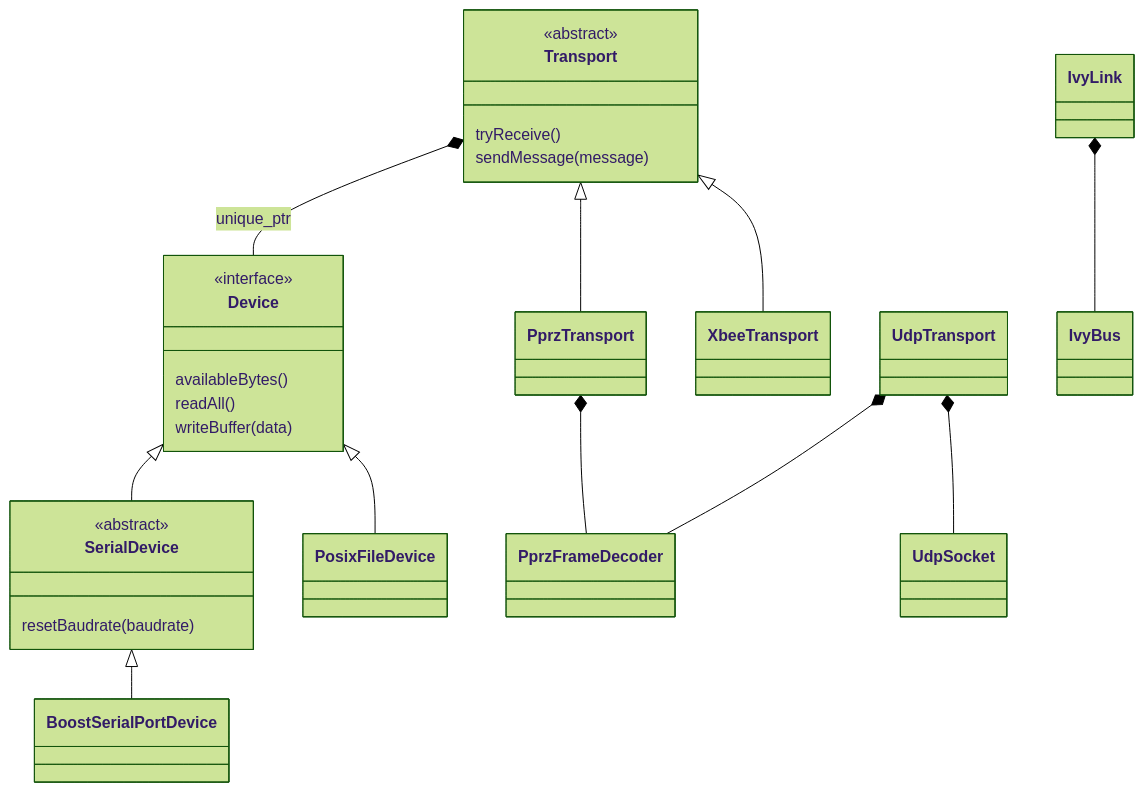
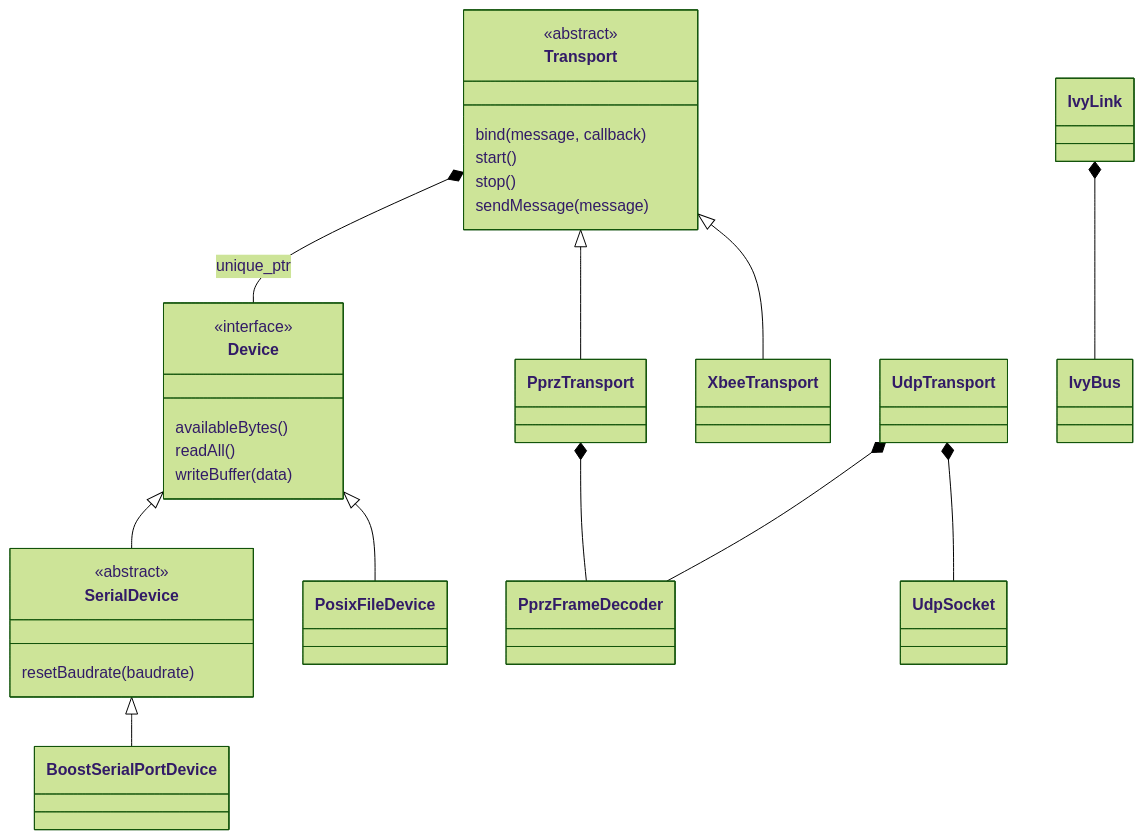
Before and after one commit to alex31/pprzlink: the second of 2 diagrams in lib/v2.0/C++/architecture.md, drawn with Mermaid (forest theme). The commit also changed other lines of this file and 51 other files, not shown here.

````diff
--- a/lib/v2.0/C++/architecture.md
+++ b/lib/v2.0/C++/architecture.md
@@ -235,28 +235,30 @@
 ```mermaid
 classDiagram
     class Device {
         <<interface>>
         availableBytes()
         readAll()
         writeBuffer(data)
     }
     class SerialDevice {
         <<abstract>>
         resetBaudrate(baudrate)
     }
     class Transport {
         <<abstract>>
-        tryReceive()
+        bind(message, callback)
+        start()
+        stop()
         sendMessage(message)
     }
     Device <|-- SerialDevice
     SerialDevice <|-- BoostSerialPortDevice
     Device <|-- PosixFileDevice
     Transport <|-- PprzTransport
     Transport <|-- XbeeTransport
     Transport *-- Device : unique_ptr
     PprzTransport *-- PprzFrameDecoder
     UdpTransport *-- PprzFrameDecoder
     UdpTransport *-- UdpSocket
     IvyLink *-- IvyBus
 ```
````
